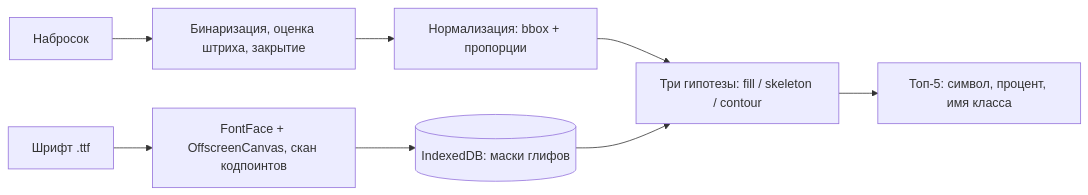
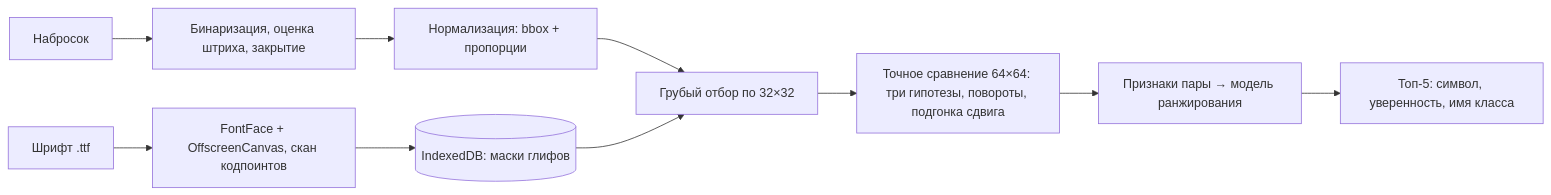
Before and after one commit to Nefritor/saby-icon-search-extension: the diagram in README.md, drawn with Mermaid. The commit also changed other lines of this file and 15 other files, not shown here.

````diff
--- a/README.md
+++ b/README.md
@@ -12,10 +13,12 @@
 ```mermaid
 flowchart LR
     A[Набросок] --> B[Бинаризация, оценка штриха, закрытие]
     B --> C[Нормализация: bbox + пропорции]
-    C --> D[Три гипотезы: fill / skeleton / contour]
+    C --> D[Грубый отбор по 32×32]
     E[Шрифт .ttf] --> F[FontFace + OffscreenCanvas, скан кодпоинтов]
     F --> G[(IndexedDB: маски глифов)]
     G --> D
-    D --> H[Топ-5: символ, процент, имя класса]
+    D --> H[Точное сравнение 64×64: три гипотезы, повороты, подгонка сдвига]
+    H --> I[Признаки пары → модель ранжирования]
+    I --> J[Топ-5: символ, уверенность, имя класса]
 ```
````
